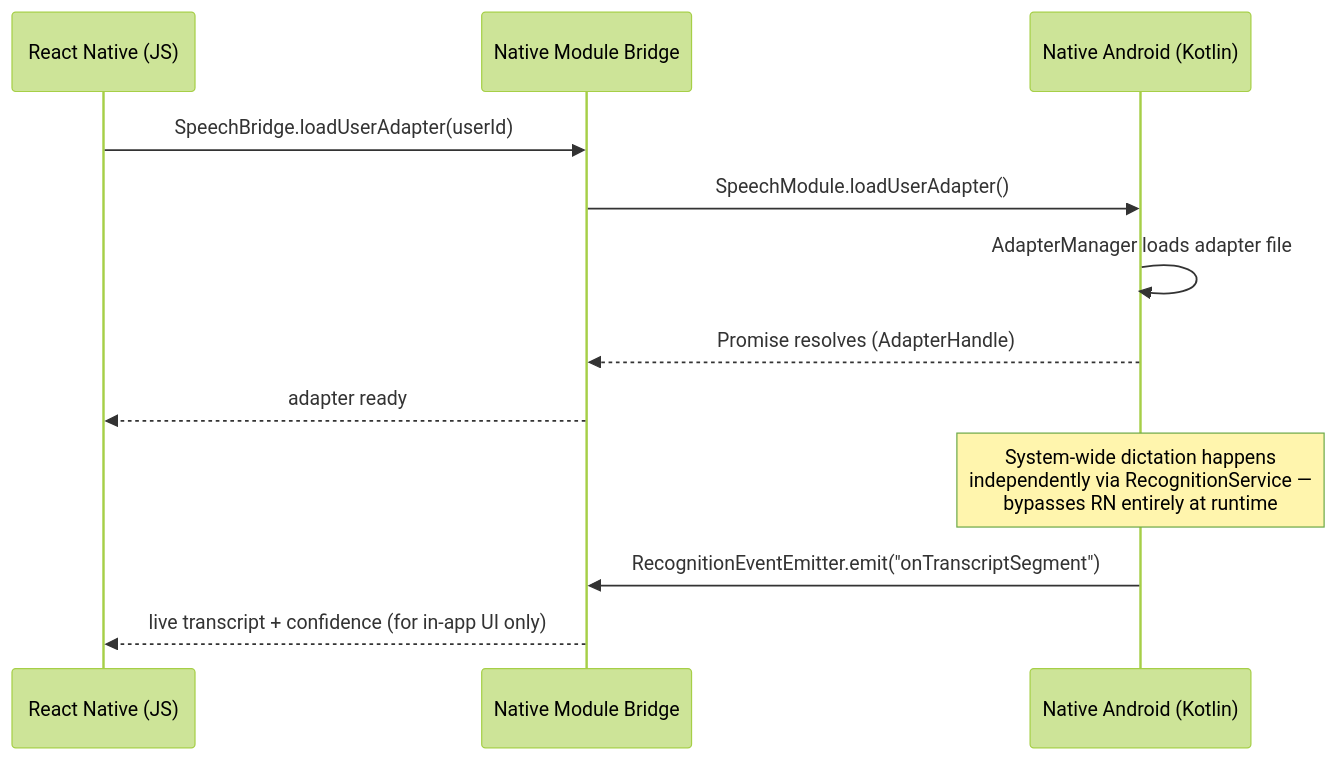
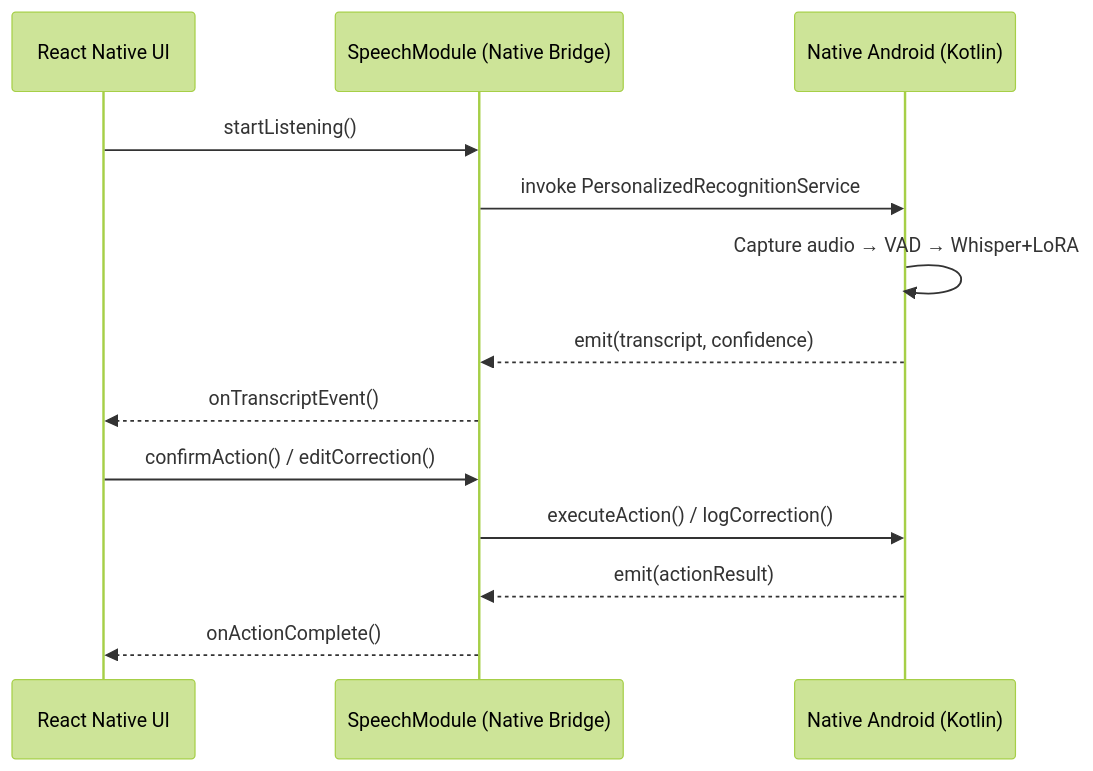
One commit to Anushka13-bit/Vaani changed the third of 7 diagrams in README.md. Above: the diagram before and after it, drawn with Mermaid (forest theme). The commit also changed other lines of this file, not shown here.

````diff
--- a/README.md
+++ b/README.md
@@ -154,17 +173,16 @@
 ```mermaid
 sequenceDiagram
-    participant RN as React Native (JS)
-    participant Bridge as Native Module Bridge
-    participant Native as Native Android (Kotlin)
+    participant RN as React Native UI
+    participant Bridge as SpeechModule (Native Bridge)
+    participant Android as Native Android (Kotlin)
 
-    RN->>Bridge: SpeechBridge.loadUserAdapter(userId)
-    Bridge->>Native: SpeechModule.loadUserAdapter()
-    Native->>Native: AdapterManager loads adapter file
-    Native-->>Bridge: Promise resolves (AdapterHandle)
-    Bridge-->>RN: adapter ready
-
-    Note over Native: System-wide dictation happens<br/>independently via RecognitionService —<br/>bypasses RN entirely at runtime
-
-    Native->>Bridge: RecognitionEventEmitter.emit("onTranscriptSegment")
-    Bridge-->>RN: live transcript + confidence (for in-app UI only)
+    RN->>Bridge: startListening()
+    Bridge->>Android: invoke PersonalizedRecognitionService
+    Android->>Android: Capture audio → VAD → Whisper+LoRA
+    Android-->>Bridge: emit(transcript, confidence)
+    Bridge-->>RN: onTranscriptEvent()
+    RN->>Bridge: confirmAction() / editCorrection()
+    Bridge->>Android: executeAction() / logCorrection()
+    Android-->>Bridge: emit(actionResult)
+    Bridge-->>RN: onActionComplete()
 ```
````
